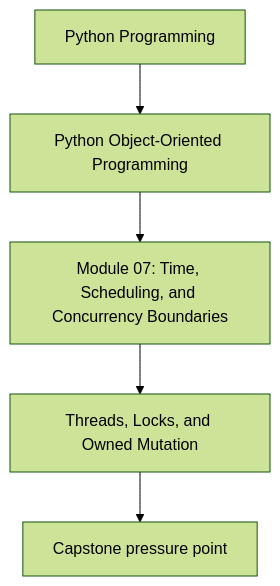
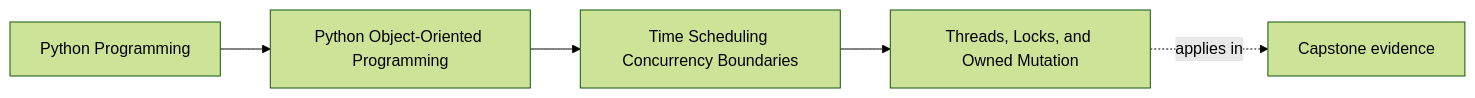
One commit to bijux/bijux-masterclass changed the first of 2 diagrams in programs/python-programming/python-object-oriented-programming/course-book/module-07-time-scheduling-concurrency-boundaries/threads-locks-and-owned-mutation.md. Above: the diagram before and after it, drawn with Mermaid (forest theme). The commit also changed other lines of this file and 103 other files, not shown here.

Commit message:
docs(python-object-oriented-programming): map sustainment and capstone surfaces

````diff
--- a/programs/python-programming/python-object-oriented-programming/course-book/module-07-time-scheduling-concurrency-boundaries/threads-locks-and-owned-mutation.md
+++ b/programs/python-programming/python-object-oriented-programming/course-book/module-07-time-scheduling-concurrency-boundaries/threads-locks-and-owned-mutation.md
@@ -7,7 +7,11 @@
 ```mermaid
-flowchart TD
-  family["Python Programming"] --> program["Python Object-Oriented Programming"]
-  program --> module["Module 07: Time, Scheduling, and Concurrency Boundaries"]
-  module --> concept["Threads, Locks, and Owned Mutation"]
-  concept --> capstone["Capstone pressure point"]
+graph LR
+  family["Python Programming"]
+  program["Python Object-Oriented Programming"]
+  section["Time Scheduling Concurrency Boundaries"]
+  page["Threads, Locks, and Owned Mutation"]
+  capstone["Capstone evidence"]
+
+  family --> program --> section --> page
+  page -.applies in.-> capstone
 ```
````
